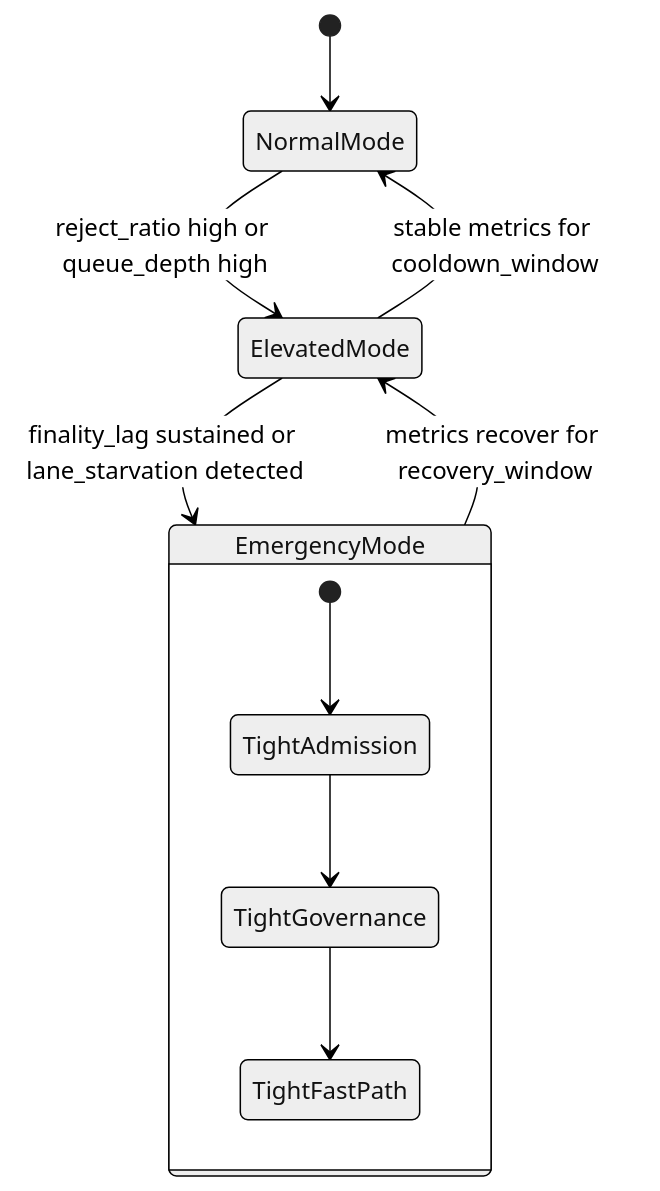
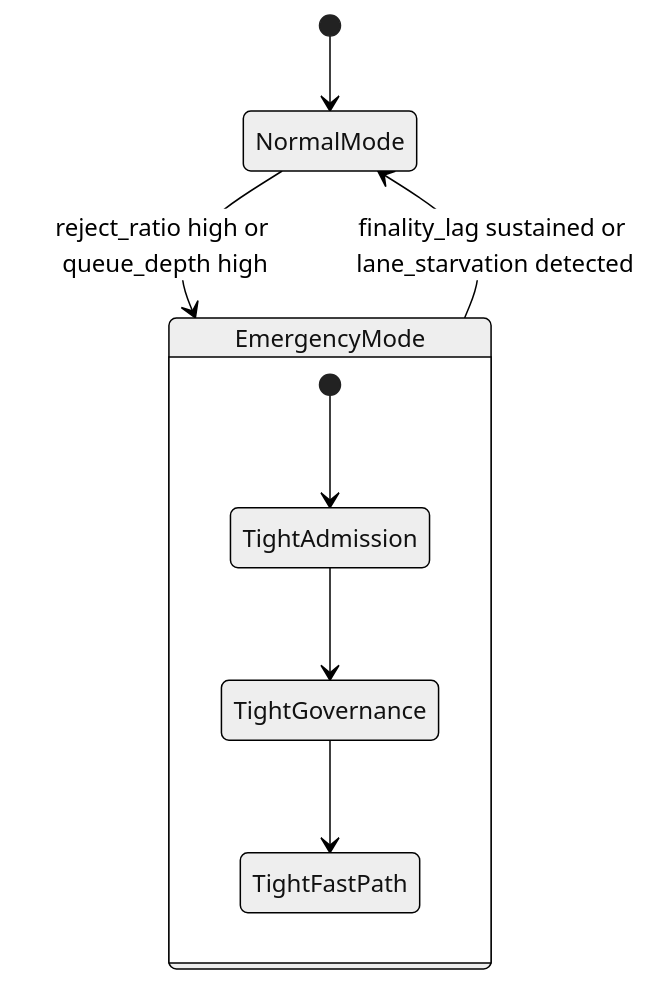
The second of 2 diagrams in docs/01-research/consensus-governance/agx-economics-and-adversarial-incentives.md (TheNoobiCat/Hyperfluid), drawn with Mermaid (neutral theme) before and after one commit. The commit also changed 16 other files, not shown here.

````diff
--- a/docs/01-research/consensus-governance/agx-economics-and-adversarial-incentives.md
+++ b/docs/01-research/consensus-governance/agx-economics-and-adversarial-incentives.md
@@ -182,14 +182,12 @@
 ```mermaid
 stateDiagram-v2
     [*] --> NormalMode
-    NormalMode --> ElevatedMode: reject_ratio high or queue_depth high
-    ElevatedMode --> EmergencyMode: finality_lag sustained or lane_starvation detected
-    EmergencyMode --> ElevatedMode: metrics recover for recovery_window
-    ElevatedMode --> NormalMode: stable metrics for cooldown_window
+    NormalMode --> EmergencyMode: reject_ratio high or queue_depth high
+    EmergencyMode --> NormalMode: finality_lag sustained or lane_starvation detected
 
     state EmergencyMode {
         [*] --> TightAdmission
         TightAdmission --> TightGovernance
         TightGovernance --> TightFastPath
     }
 ```
````
